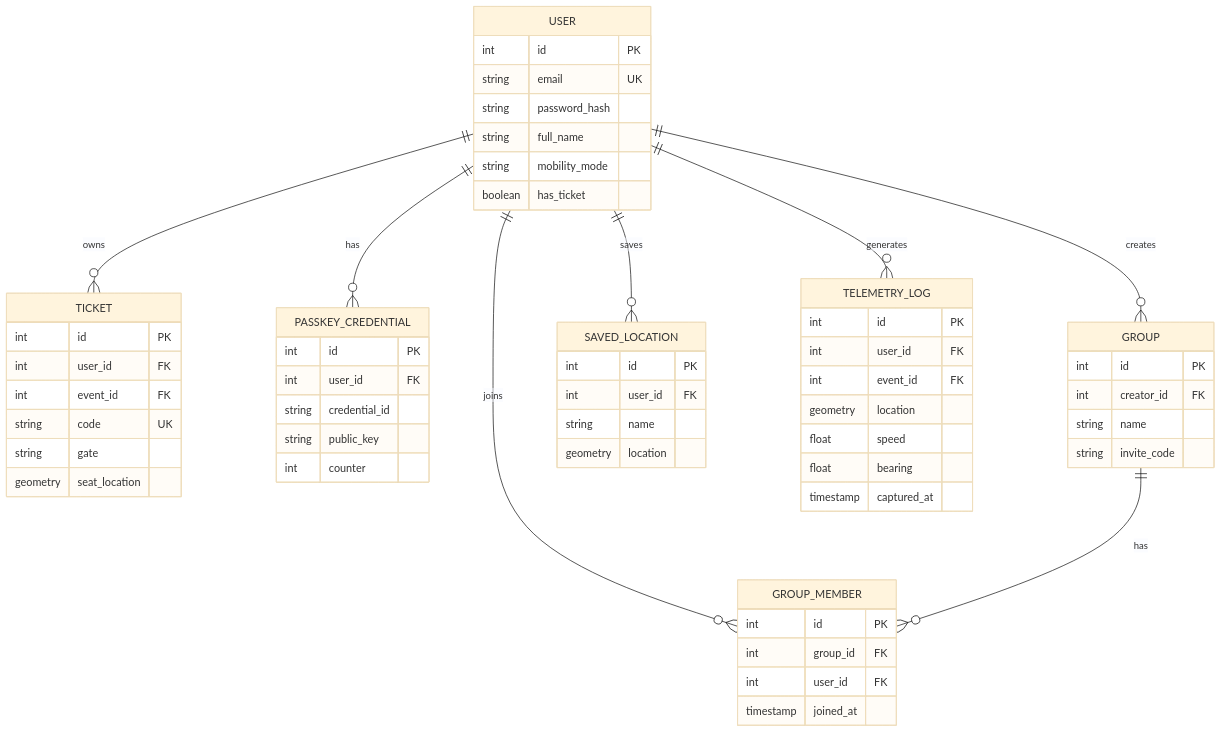
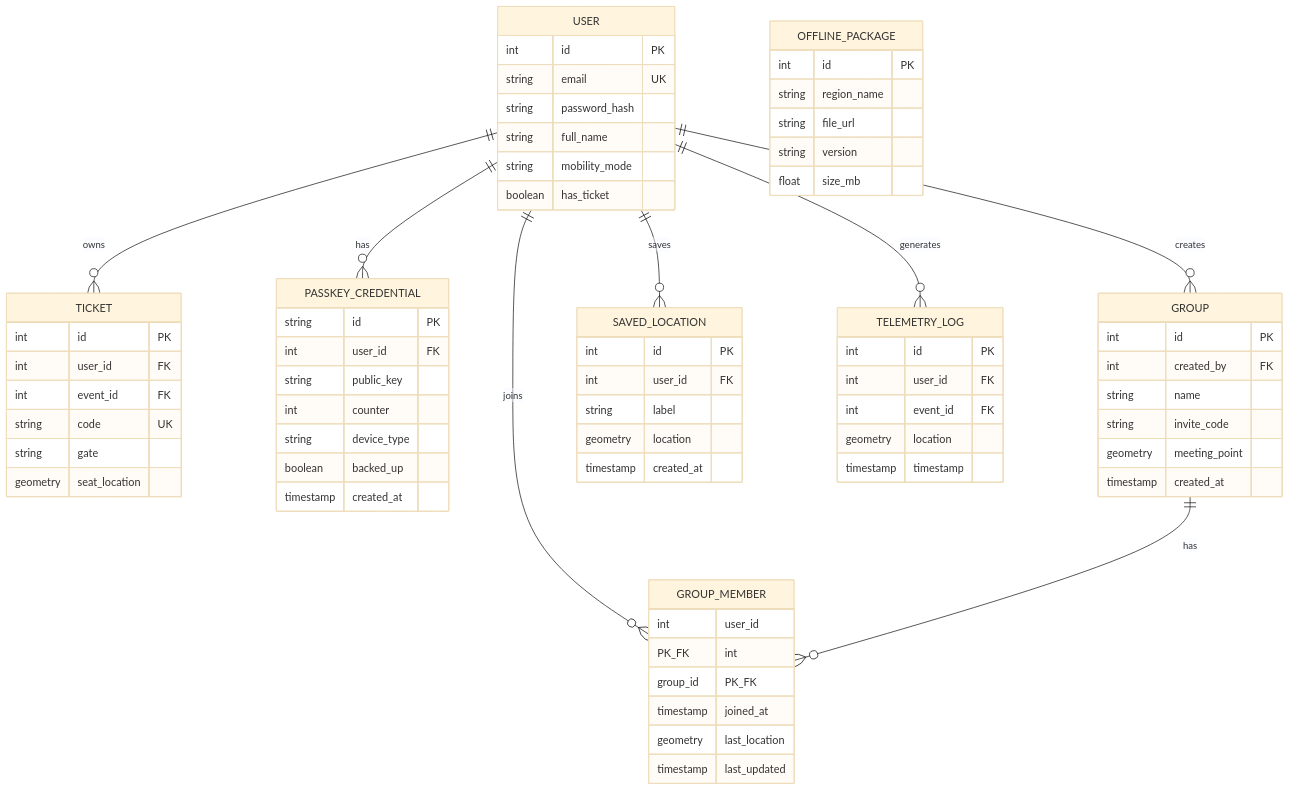
Before and after one commit to lattice-product-team/app_lattice_project: the second of 2 diagrams in apps/docs/pages/architecture/database-schema.mdx, drawn with Mermaid (base theme). The commit also changed other lines of this file and 49 other files, not shown here.

Commit message:
refactor: consolidate feature design docs, update API schemas, and implement native map marker optimizations

````diff
--- a/apps/docs/pages/architecture/database-schema.mdx
+++ b/apps/docs/pages/architecture/database-schema.mdx
@@ -251,67 +64,79 @@
 ```mermaid
 erDiagram
     USER ||--o{ TICKET : owns
     USER ||--o{ PASSKEY_CREDENTIAL : has
     USER ||--o{ GROUP : creates
     USER ||--o{ GROUP_MEMBER : joins
     USER ||--o{ SAVED_LOCATION : saves
     USER ||--o{ TELEMETRY_LOG : generates
     GROUP ||--o{ GROUP_MEMBER : has
-
+ 
     USER {
         int id PK
         string email UK
         string password_hash
         string full_name
         string mobility_mode
         boolean has_ticket
     }
-
+ 
     TICKET {
         int id PK
         int user_id FK
         int event_id FK
         string code UK
         string gate
         geometry seat_location
     }
-
+ 
     PASSKEY_CREDENTIAL {
-        int id PK
+        string id PK
         int user_id FK
-        string credential_id
         string public_key
         int counter
+        string device_type
+        boolean backed_up
+        timestamp created_at
     }
-
+ 
     GROUP {
         int id PK
-        int creator_id FK
+        int created_by FK
         string name
         string invite_code
+        geometry meeting_point
+        timestamp created_at
     }
-
+ 
     GROUP_MEMBER {
-        int id PK
-        int group_id FK
-        int user_id FK
+        int user_id PK_FK
+        int group_id PK_FK
         timestamp joined_at
+        geometry last_location
+        timestamp last_updated
     }
-
+ 
     SAVED_LOCATION {
         int id PK
         int user_id FK
-        string name
+        string label
         geometry location
+        timestamp created_at
     }
-
+ 
     TELEMETRY_LOG {
         int id PK
         int user_id FK
         int event_id FK
         geometry location
-        float speed
-        float bearing
-        timestamp captured_at
+        timestamp timestamp
+    }
+ 
+    OFFLINE_PACKAGE {
+        int id PK
+        string region_name
+        string file_url
+        string version
+        float size_mb
     }
 ```
````
